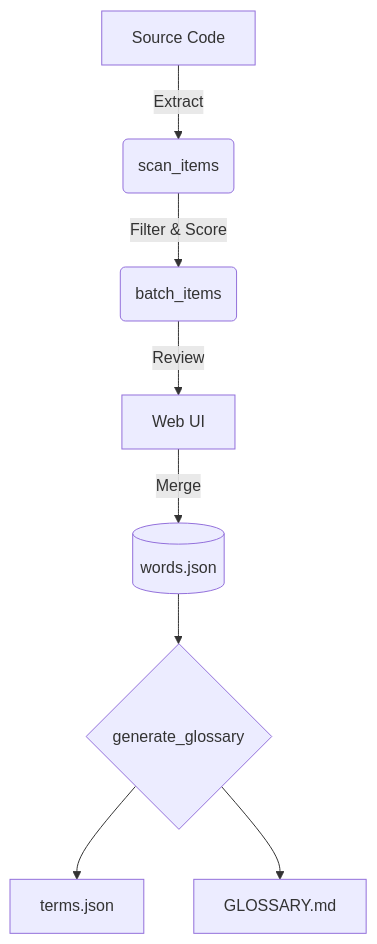
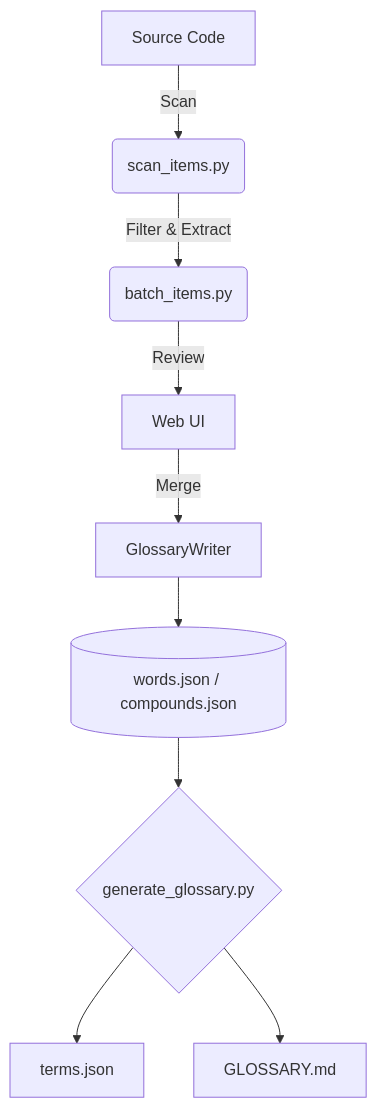
The diagram in README.ja.md (sungbeom78/bomiyang-glossary), drawn with Mermaid before and after one commit. The commit also changed other lines of this file and 4 other files, not shown here.

Commit message:
docs: rename project to Glossary Submodule, update documentation architecture, and add change log

````diff
--- a/README.ja.md
+++ b/README.ja.md
@@ -90,10 +94,11 @@
 ```mermaid
 flowchart TD
-    A[Source Code] -->|Extract| B(scan_items)
-    B -->|Filter & Score| C(batch_items)
+    A[Source Code] -->|Scan| B(scan_items.py)
+    B -->|Filter & Extract| C(batch_items.py)
     C -->|Review| D[Web UI]
-    D -->|Merge| E[(words.json)]
-    E --> F{generate_glossary}
-    F --> G[terms.json]
-    F --> H[GLOSSARY.md]
+    D -->|Merge| E[GlossaryWriter]
+    E --> F[(words.json / compounds.json)]
+    F --> G{generate_glossary.py}
+    G --> H[terms.json]
+    G --> I[GLOSSARY.md]
 ```
````
